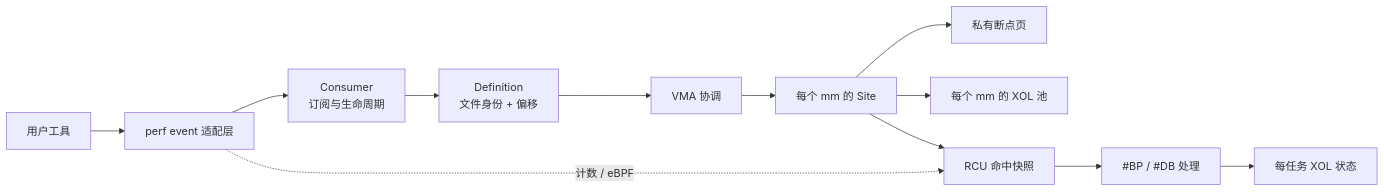
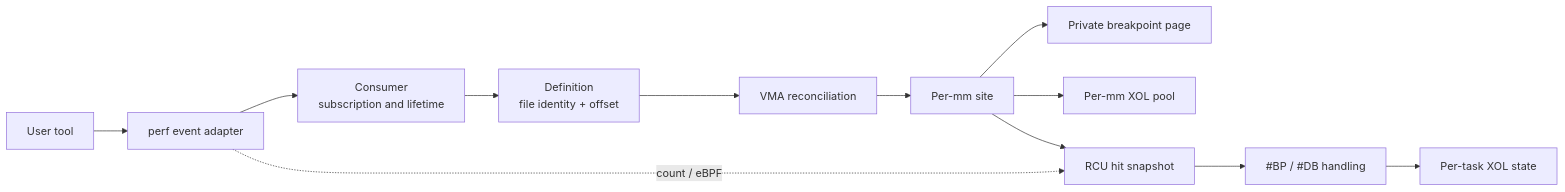
One commit to DragonOS-Community/DragonOS changed the first of 4 diagrams in docs/kernel/trace/uprobe.md. Above: the diagram before and after it, drawn with Mermaid. The commit also changed other lines of this file and 2058 other files, not shown here.

````diff
--- a/docs/kernel/trace/uprobe.md
+++ b/docs/kernel/trace/uprobe.md
@@ -29,14 +30,14 @@
 ```mermaid
 flowchart LR
-    Tool[用户工具] --> Perf[perf event 适配层]
-    Perf --> Consumer[Consumer<br/>订阅与生命周期]
-    Consumer --> Definition[Definition<br/>文件身份 + 偏移]
-    Definition --> Reconcile[VMA 协调]
-    Reconcile --> Site[每个 mm 的 Site]
-    Site --> Page[私有断点页]
-    Site --> XOL[每个 mm 的 XOL 池]
-    Site --> Hit[RCU 命中快照]
-    Hit --> Trap[#BP / #DB 处理]
-    Trap --> Task[每任务 XOL 状态]
-    Perf -. 计数 / eBPF .-> Hit
+    Tool[User tool] --> Perf[perf event adapter]
+    Perf --> Consumer[Consumer<br/>subscription and lifetime]
+    Consumer --> Definition[Definition<br/>file identity + offset]
+    Definition --> Reconcile[VMA reconciliation]
+    Reconcile --> Site[Per-mm site]
+    Site --> Page[Private breakpoint page]
+    Site --> XOL[Per-mm XOL pool]
+    Site --> Hit[RCU hit snapshot]
+    Hit --> Trap[#BP / #DB handling]
+    Trap --> Task[Per-task XOL state]
+    Perf -. count / eBPF .-> Hit
 ```
````
